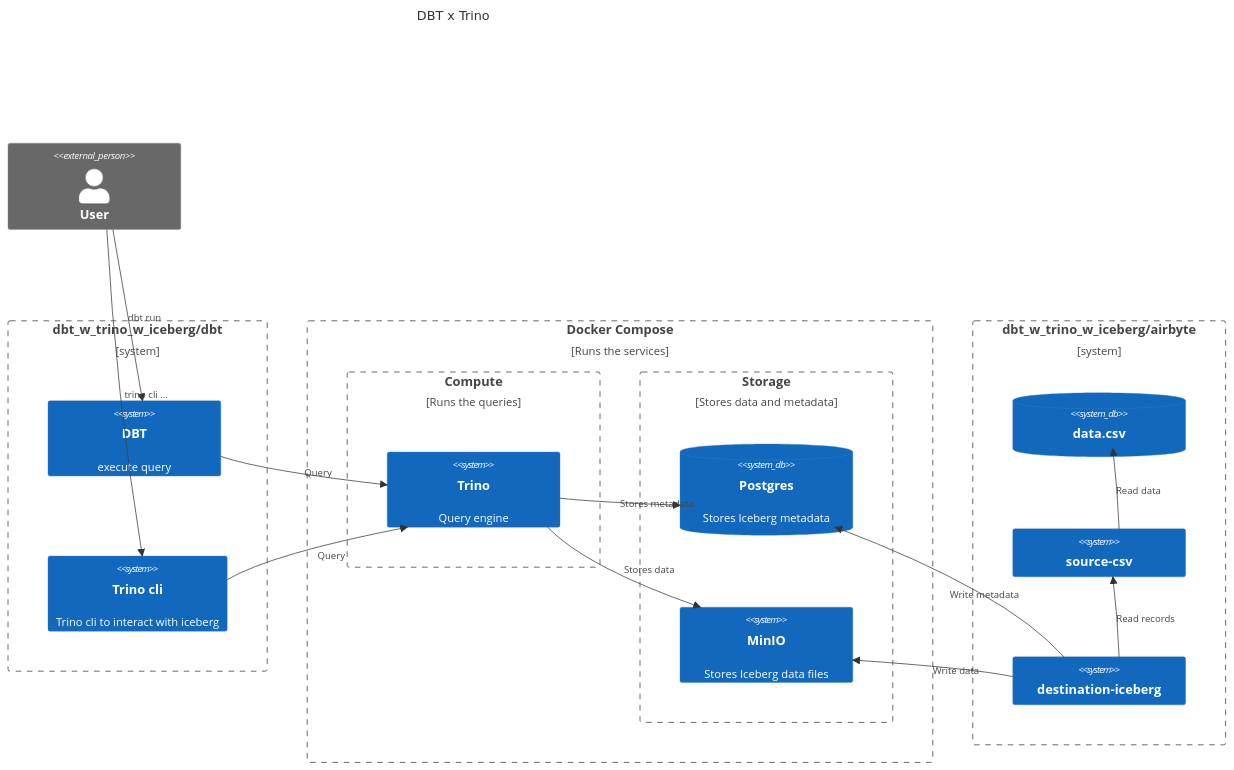
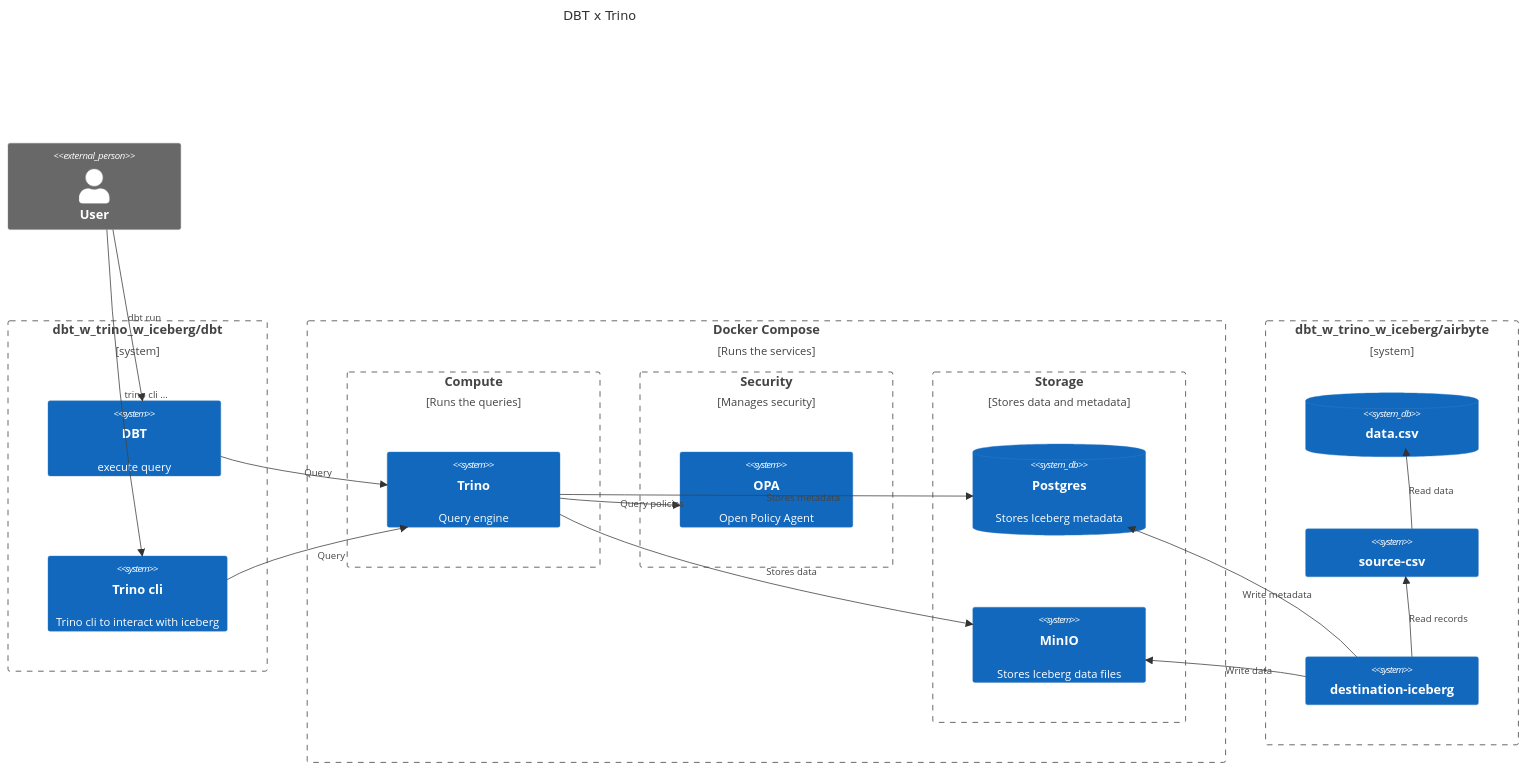
The diagram in README.md (solimy/dbt_w_trino_w_iceberg), drawn with Mermaid before and after one commit. The commit also changed other lines of this file and 2 other files, not shown here.

````diff
--- a/README.md
+++ b/README.md
@@ -72,46 +69,51 @@
 ```mermaid
 C4Context
     title DBT x Trino
 
     Person_Ext(user, "User")
     Rel(user, dbt, "dbt run")
     Rel(user, cli, "trino cli ...")
 
     Boundary(dbt_dir, "dbt_w_trino_w_iceberg/dbt") {
         System(dbt, "DBT", "Runs the queries")
         System(cli, "Trino cli", "Trino cli to interact with iceberg")
         Rel(cli, trino, "Query")
 
         System(dbt, "DBT", "execute query")
         Rel(dbt, trino, "Query")
     }
 
 
     Boundary(dockercompose, "Docker Compose", "Runs the services") {
         Boundary(compute, "Compute", "Runs the queries") {
             System(trino, "Trino", "Query engine")
         }
 
+        Boundary(security, "Security", "Manages security") {
+            System(opa, "OPA", "Open Policy Agent")
+        }
+
         Boundary(storage, "Storage", "Stores data and metadata") {
             SystemDb(postgres, "Postgres", "Stores Iceberg metadata")
             System(minio, "MinIO", "Stores Iceberg data files")
         }
 
         Rel(trino, postgres, "Stores metadata")
         Rel(trino, minio, "Stores data")
+        Rel(trino, opa, "Query policies")
     }
 
     Boundary(airbyte_dir, "dbt_w_trino_w_iceberg/airbyte") {
         SystemDb(airbyte_data, "data.csv")
         System(airbyte_src, "source-csv")
         System(airbyte_dest, "destination-iceberg")
 
         Rel(airbyte_src, airbyte_data, "Read data")
         Rel(airbyte_dest, airbyte_src, "Read records")
         Rel(airbyte_dest, postgres, "Write metadata")
         Rel(airbyte_dest, minio, "Write data")
     }
 
 
     UpdateLayoutConfig($c4ShapeInRow="1", $c4BoundaryInRow="3", $c4BoundaryInRow="2")
 ```
````
